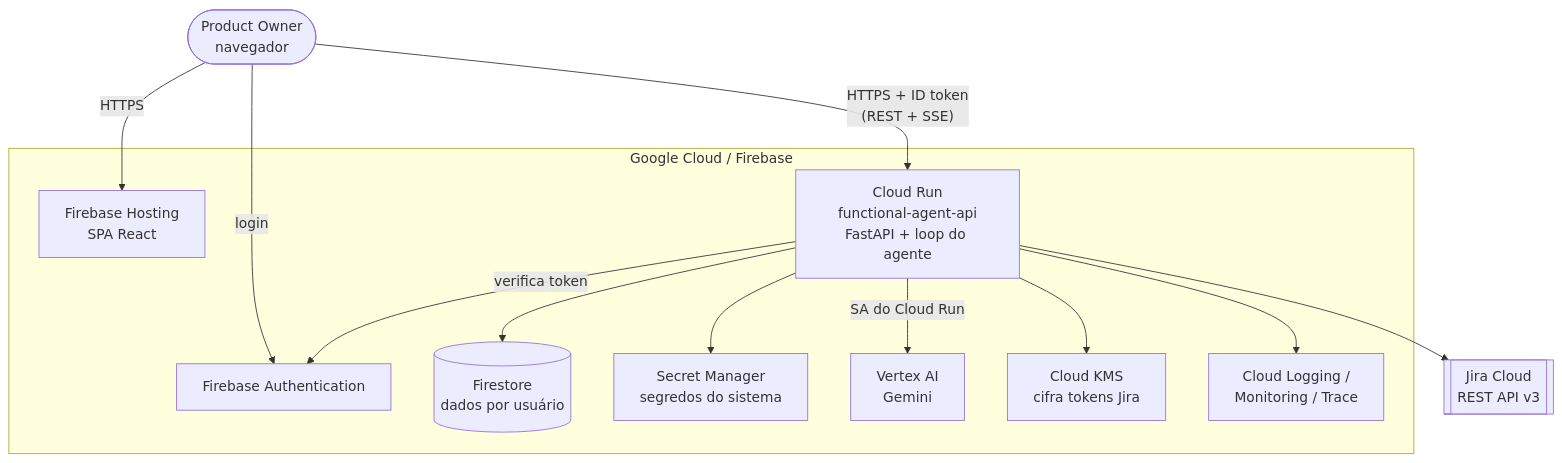
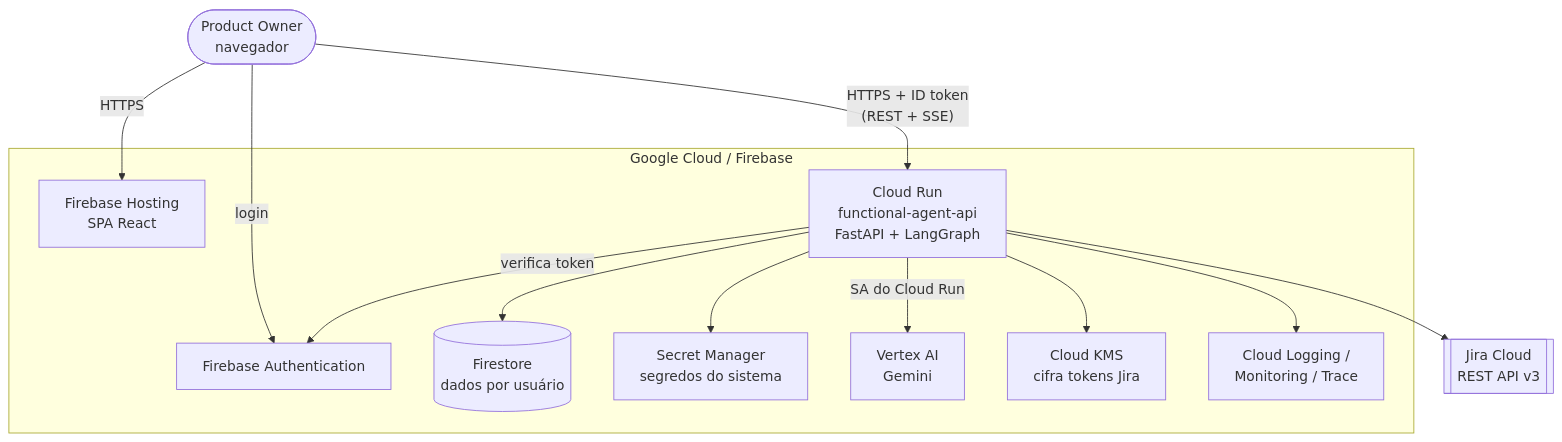
The first of 5 diagrams in docs/modernizacao/03-arquitetura.md (micaelleos/FunctionalAgent), drawn with Mermaid before and after one commit. The commit also changed other lines of this file and 15 other files, not shown here.

````diff
--- a/docs/modernizacao/03-arquitetura.md
+++ b/docs/modernizacao/03-arquitetura.md
@@ -5,26 +5,26 @@
 ```mermaid
 flowchart TB
     PO([Product Owner<br/>navegador])
     subgraph Google["Google Cloud / Firebase"]
         HOST[Firebase Hosting<br/>SPA React]
         AUTH[Firebase Authentication]
-        API[Cloud Run<br/>functional-agent-api<br/>FastAPI + loop do agente]
+        API[Cloud Run<br/>functional-agent-api<br/>FastAPI + LangGraph]
         FS[(Firestore<br/>dados por usuário)]
         SM[Secret Manager<br/>segredos do sistema]
         VTX[Vertex AI<br/>Gemini]
         KMS[Cloud KMS<br/>cifra tokens Jira]
         OBS[Cloud Logging /<br/>Monitoring / Trace]
     end
     JIRA[[Jira Cloud<br/>REST API v3]]
 
     PO -->|HTTPS| HOST
     PO -->|login| AUTH
     PO -->|"HTTPS + ID token<br/>(REST + SSE)"| API
     API -->|verifica token| AUTH
     API --> FS
     API --> SM
     API --> KMS
     API -->|SA do Cloud Run| VTX
     API --> JIRA
     API --> OBS
 ```
````
